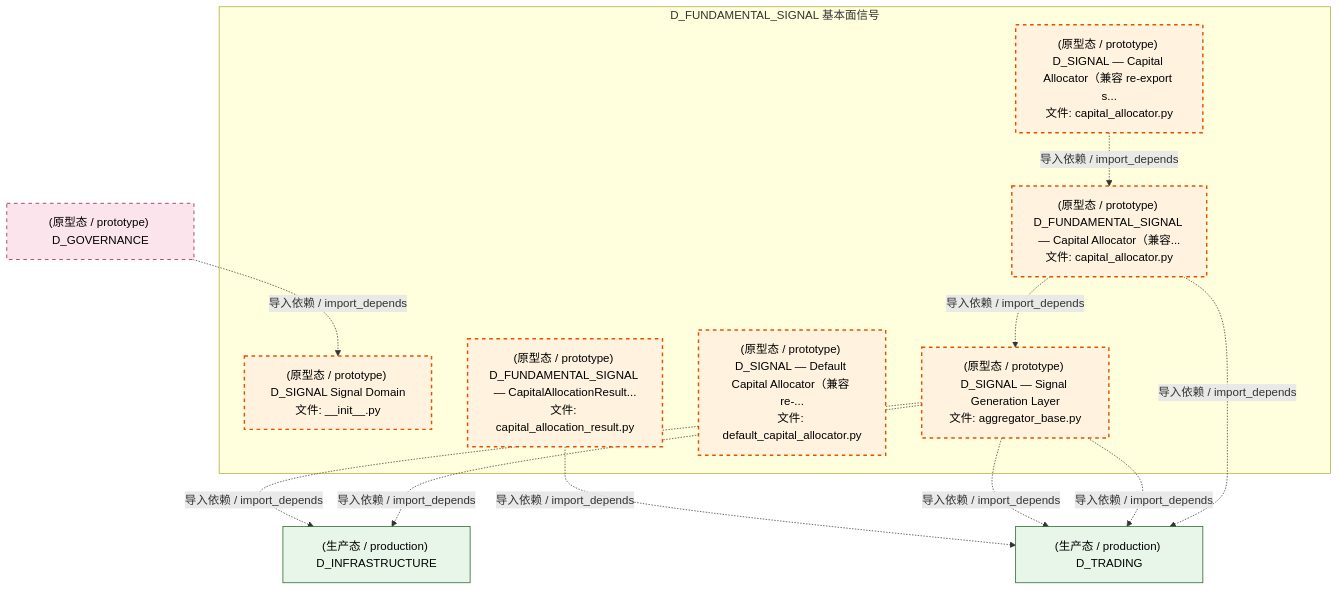
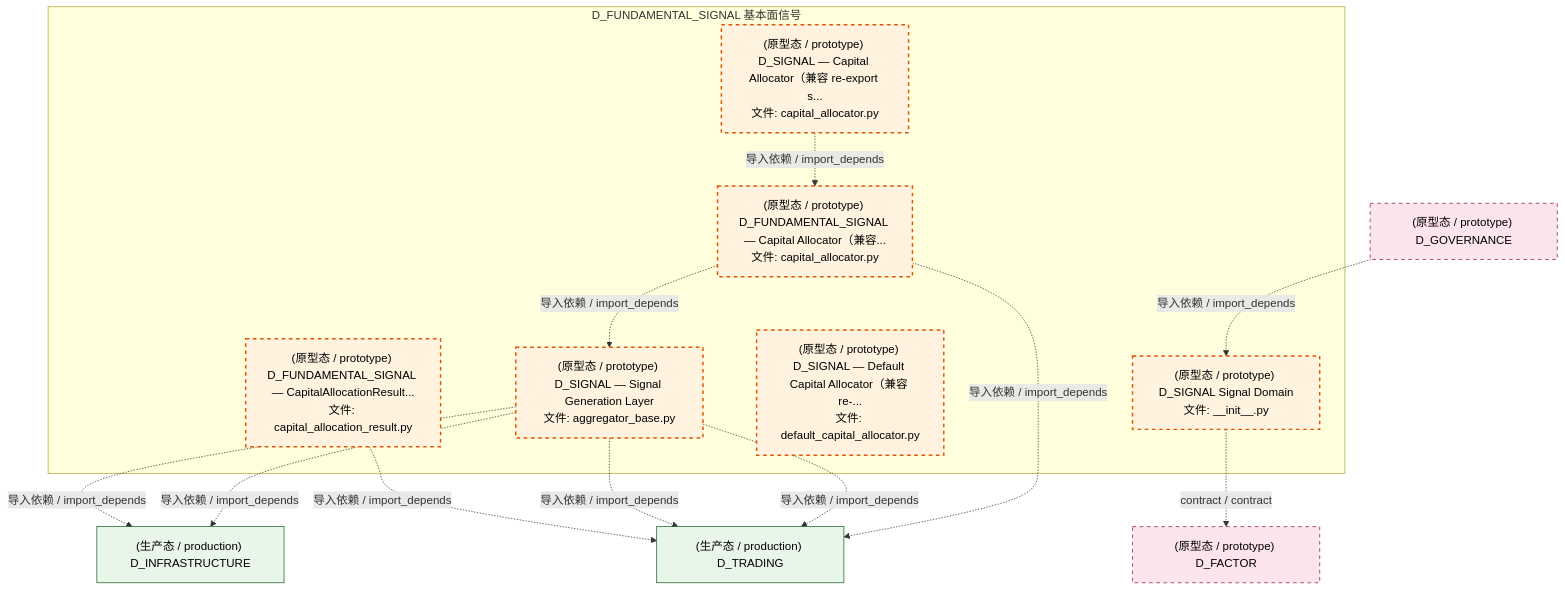
One commit to xuanFelixVan/ZephyrAlpha changed the third of 4 diagrams in docs/02_enterprise_architecture/02_domain_architecture_docs/37_d_fundamental_signal.md. Above: the diagram before and after it, drawn with Mermaid. The commit also changed other lines of this file and 89 other files, not shown here.

````diff
--- a/docs/02_enterprise_architecture/02_domain_architecture_docs/37_d_fundamental_signal.md
+++ b/docs/02_enterprise_architecture/02_domain_architecture_docs/37_d_fundamental_signal.md
@@ -171,30 +171,32 @@
 ```mermaid
 graph TD
     subgraph D_FUNDAMENTAL_SIGNAL["D_FUNDAMENTAL_SIGNAL 基本面信号"]
         src_zephyr_signal_fundamental_init_py["(原型态 / prototype) D_SIGNAL Signal Domain<br/>文件: __init__.py"]
         src_zephyr_signal_fundamental_capital_capital_allocation_result_py["(原型态 / prototype) D_FUNDAMENTAL_SIGNAL — CapitalAllocationResult...<br/>文件: capital_allocation_result.py"]
         src_zephyr_signal_fundamental_capital_capital_allocator_py["(原型态 / prototype) D_SIGNAL — Capital Allocator（兼容 re-export s...<br/>文件: capital_allocator.py"]
         src_zephyr_signal_fundamental_capital_default_capital_allocator_py["(原型态 / prototype) D_SIGNAL — Default Capital Allocator（兼容 re-...<br/>文件: default_capital_allocator.py"]
         src_zephyr_signal_fundamental_gen_aggregator_base_py["(原型态 / prototype) D_SIGNAL — Signal Generation Layer<br/>文件: aggregator_base.py"]
         src_zephyr_signal_fundamental_strategy_capital_allocator_py["(原型态 / prototype) D_FUNDAMENTAL_SIGNAL — Capital Allocator（兼容...<br/>文件: capital_allocator.py"]
     end
     src_zephyr_signal_fundamental_capital_capital_allocator_py -.->|导入依赖 / import_depends| src_zephyr_signal_fundamental_strategy_capital_allocator_py
     src_zephyr_signal_fundamental_strategy_capital_allocator_py -.->|导入依赖 / import_depends| src_zephyr_signal_fundamental_gen_aggregator_base_py
+    D_FACTOR["(原型态 / prototype) D_FACTOR"]
+    src_zephyr_signal_fundamental_init_py -.->|contract / contract| D_FACTOR
     D_TRADING["(生产态 / production) D_TRADING"]
     src_zephyr_signal_fundamental_capital_capital_allocation_result_py -.->|导入依赖 / import_depends| D_TRADING
     D_INFRASTRUCTURE["(生产态 / production) D_INFRASTRUCTURE"]
     src_zephyr_signal_fundamental_gen_aggregator_base_py -.->|导入依赖 / import_depends| D_INFRASTRUCTURE
     src_zephyr_signal_fundamental_gen_aggregator_base_py -.->|导入依赖 / import_depends| D_TRADING
     src_zephyr_signal_fundamental_gen_aggregator_base_py -.->|导入依赖 / import_depends| D_TRADING
     src_zephyr_signal_fundamental_gen_aggregator_base_py -.->|导入依赖 / import_depends| D_INFRASTRUCTURE
     src_zephyr_signal_fundamental_strategy_capital_allocator_py -.->|导入依赖 / import_depends| D_TRADING
     D_GOVERNANCE["(原型态 / prototype) D_GOVERNANCE"]
     D_GOVERNANCE -.->|导入依赖 / import_depends| src_zephyr_signal_fundamental_init_py
     classDef production fill:#e1f5fe,stroke:#01579b,stroke-width:2px,color:#000
     classDef design fill:#fff3e0,stroke:#e65100,stroke-width:2px,color:#000,stroke-dasharray: 5 5
     classDef external_prod fill:#e8f5e9,stroke:#1b5e20,stroke-width:1px,color:#000
     classDef external_design fill:#fce4ec,stroke:#880e4f,stroke-width:1px,color:#000,stroke-dasharray: 5 5
     class src_zephyr_signal_fundamental_init_py,src_zephyr_signal_fundamental_capital_capital_allocation_result_py,src_zephyr_signal_fundamental_capital_capital_allocator_py,src_zephyr_signal_fundamental_capital_default_capital_allocator_py,src_zephyr_signal_fundamental_gen_aggregator_base_py,src_zephyr_signal_fundamental_strategy_capital_allocator_py design
     class D_TRADING,D_INFRASTRUCTURE external_prod
-    class D_GOVERNANCE external_design
+    class D_FACTOR,D_GOVERNANCE external_design
 ```
````
